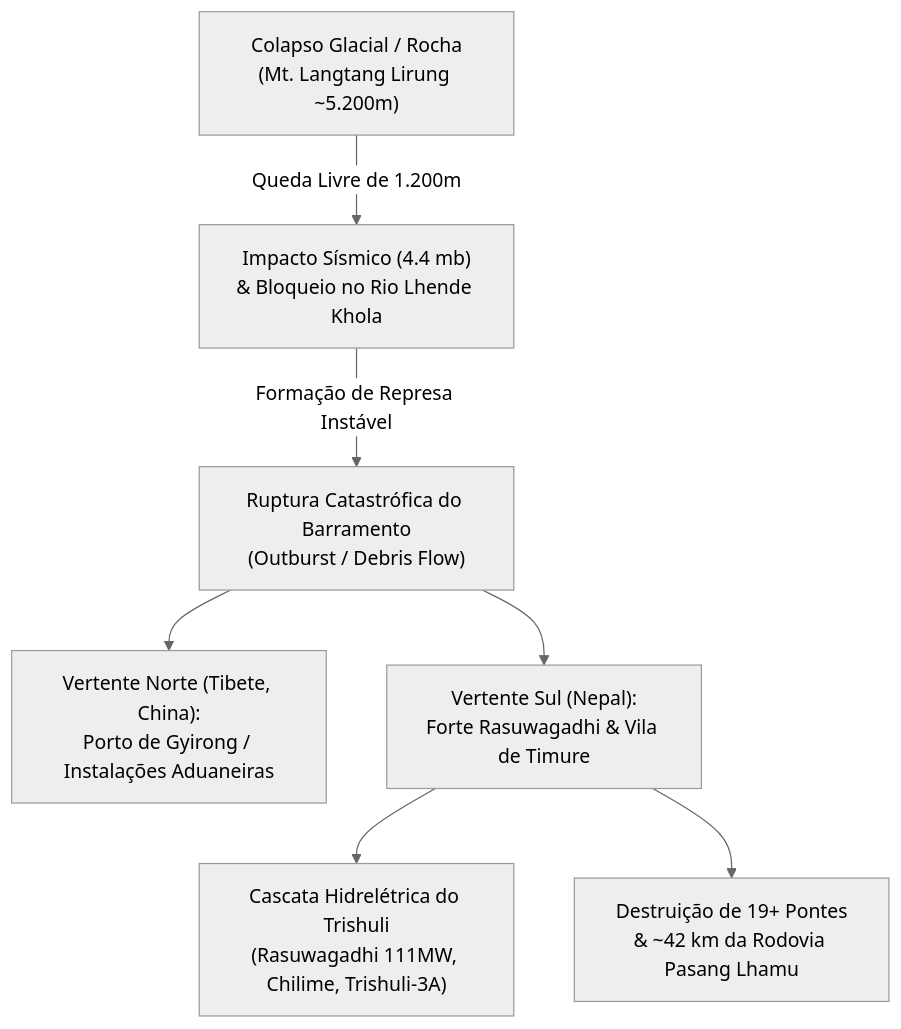
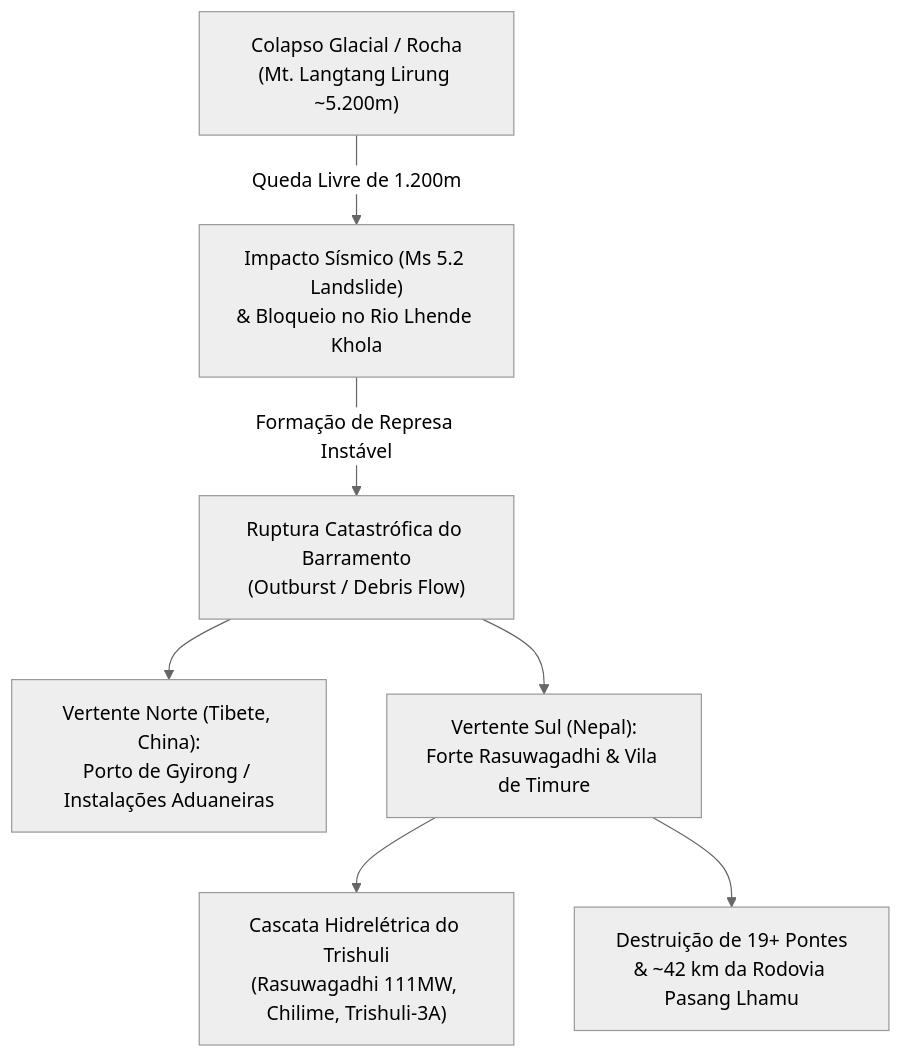
One commit to reinaldohaas/Himalaia_2026 changed the diagram in relatorio_avalanche_inundacao_nepal_tibete.md. Above: the diagram before and after it, drawn with Mermaid (neutral theme). The commit also changed other lines of this file and 23 other files, not shown here.

````diff
--- a/relatorio_avalanche_inundacao_nepal_tibete.md
+++ b/relatorio_avalanche_inundacao_nepal_tibete.md
@@ -11,9 +11,9 @@
 ```mermaid
 flowchart TD
-    A["Colapso Glacial / Rocha\n(Mt. Langtang Lirung ~5.200m)"] -->|Queda Livre de 1.200m| B["Impacto Sísmico (4.4 mb)\n& Bloqueio no Rio Lhende Khola"]
+    A["Colapso Glacial / Rocha\n(Mt. Langtang Lirung ~5.200m)"] -->|Queda Livre de 1.200m| B["Impacto Sísmico (Ms 5.2 Landslide)\n& Bloqueio no Rio Lhende Khola"]
     B -->|Formação de Represa Instável| C["Ruptura Catastrófica do Barramento\n(Outburst / Debris Flow)"]
     C --> D["Vertente Norte (Tibete, China):\nPorto de Gyirong / Instalações Aduaneiras"]
     C --> E["Vertente Sul (Nepal):\nForte Rasuwagadhi & Vila de Timure"]
     E --> F["Cascata Hidrelétrica do Trishuli\n(Rasuwagadhi 111MW, Chilime, Trishuli-3A)"]
     E --> G["Destruição de 19+ Pontes\n& ~42 km da Rodovia Pasang Lhamu"]
 ```
````
